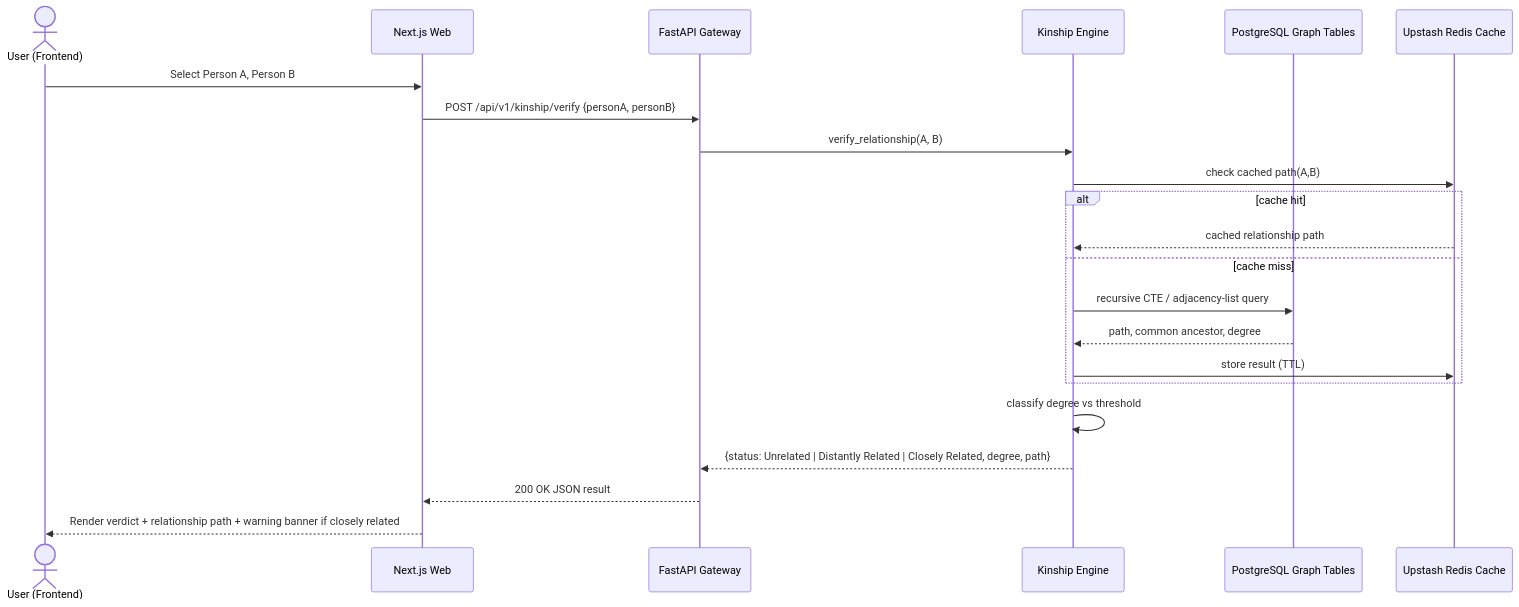
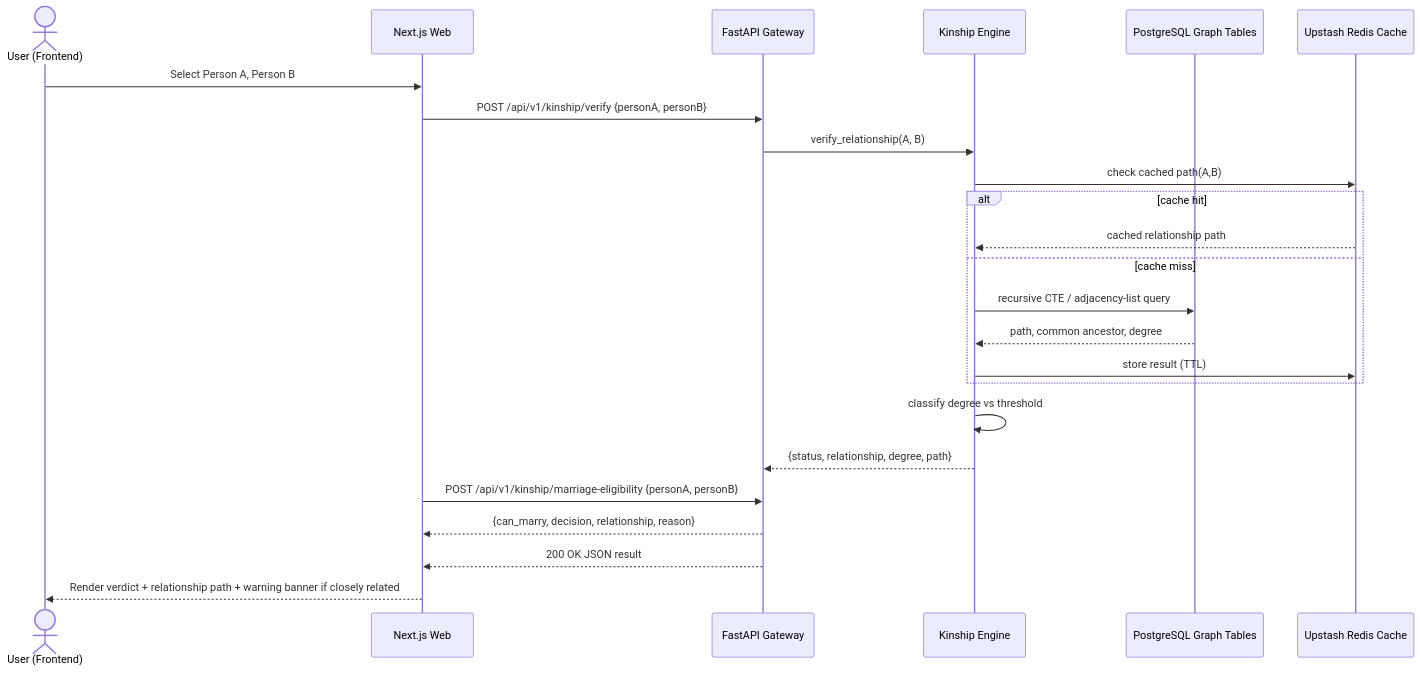
One commit to thetruesammyjay/kinship changed the second of 2 diagrams in README.md. Above: the diagram before and after it, drawn with Mermaid. The commit also changed other lines of this file and 34 other files, not shown here.

Commit message:
feat: add marriage eligibility and corrected diagrams

````diff
--- a/README.md
+++ b/README.md
@@ -117,25 +117,27 @@
 ```mermaid
 sequenceDiagram
     actor User as User (Frontend)
     participant FE as Next.js Web
     participant API as FastAPI Gateway
     participant KIN as Kinship Engine
     participant PG as PostgreSQL Graph Tables
     participant CACHE as Upstash Redis Cache
 
     User->>FE: Select Person A, Person B
     FE->>API: POST /api/v1/kinship/verify {personA, personB}
     API->>KIN: verify_relationship(A, B)
     KIN->>CACHE: check cached path(A,B)
     alt cache hit
         CACHE-->>KIN: cached relationship path
     else cache miss
         KIN->>PG: recursive CTE / adjacency-list query
         PG-->>KIN: path, common ancestor, degree
         KIN->>CACHE: store result (TTL)
     end
     KIN->>KIN: classify degree vs threshold
-    KIN-->>API: {status: Unrelated | Distantly Related | Closely Related, degree, path}
+    KIN-->>API: {status, relationship, degree, path}
+    FE->>API: POST /api/v1/kinship/marriage-eligibility {personA, personB}
+    API-->>FE: {can_marry, decision, relationship, reason}
     API-->>FE: 200 OK JSON result
     FE-->>User: Render verdict + relationship path + warning banner if closely related
 ```
````
